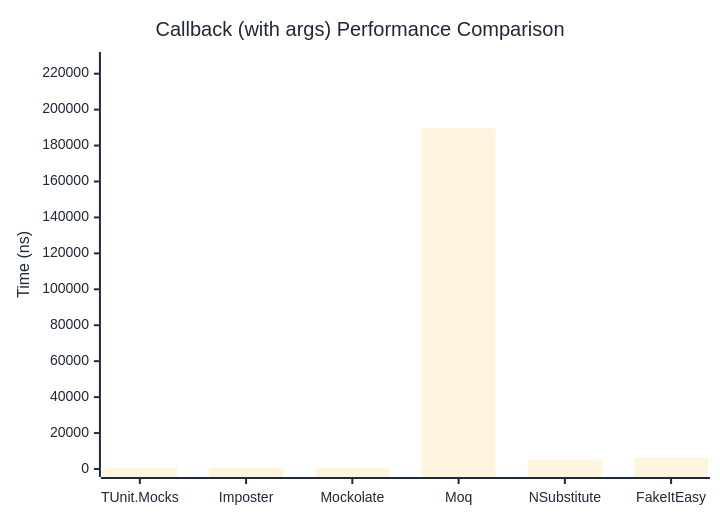
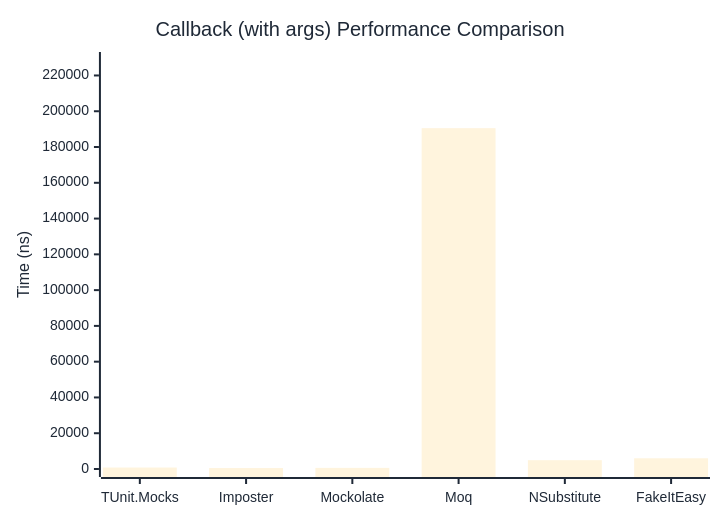
One commit to thomhurst/TUnit changed the second of 2 diagrams in docs/docs/benchmarks/mocks/Callback.md. Above: the diagram before and after it, drawn with Mermaid. The commit also changed other lines of this file and 13 other files, not shown here.

````diff
--- a/docs/docs/benchmarks/mocks/Callback.md
+++ b/docs/docs/benchmarks/mocks/Callback.md
@@ -69,27 +69,27 @@
 ```mermaid
 %%{init: {
   'theme':'base',
   'themeVariables': {
     'primaryColor': '#2563eb',
     'primaryTextColor': '#1f2937',
     'primaryBorderColor': '#1e40af',
     'lineColor': '#6b7280',
     'secondaryColor': '#7c3aed',
     'tertiaryColor': '#dc2626',
     'background': '#ffffff',
     'pie1': '#2563eb',
     'pie2': '#7c3aed',
     'pie3': '#dc2626',
     'pie4': '#f59e0b',
     'pie5': '#10b981',
     'pie6': '#06b6d4',
     'pie7': '#ec4899',
     'pie8': '#6366f1'
   }
 }}%%
 xychart-beta
   title "Callback (with args) Performance Comparison"
   x-axis ["TUnit.Mocks", "Imposter", "Mockolate", "Moq", "NSubstitute", "FakeItEasy"]
-  y-axis "Time (ns)" 0 --> 227612
-  bar [882, 528.8, 678, 189676.3, 5288.4, 6535.3]
+  y-axis "Time (ns)" 0 --> 228647
+  bar [824.3, 539.4, 634, 190538.4, 4932.8, 5989.3]
 ```
````
